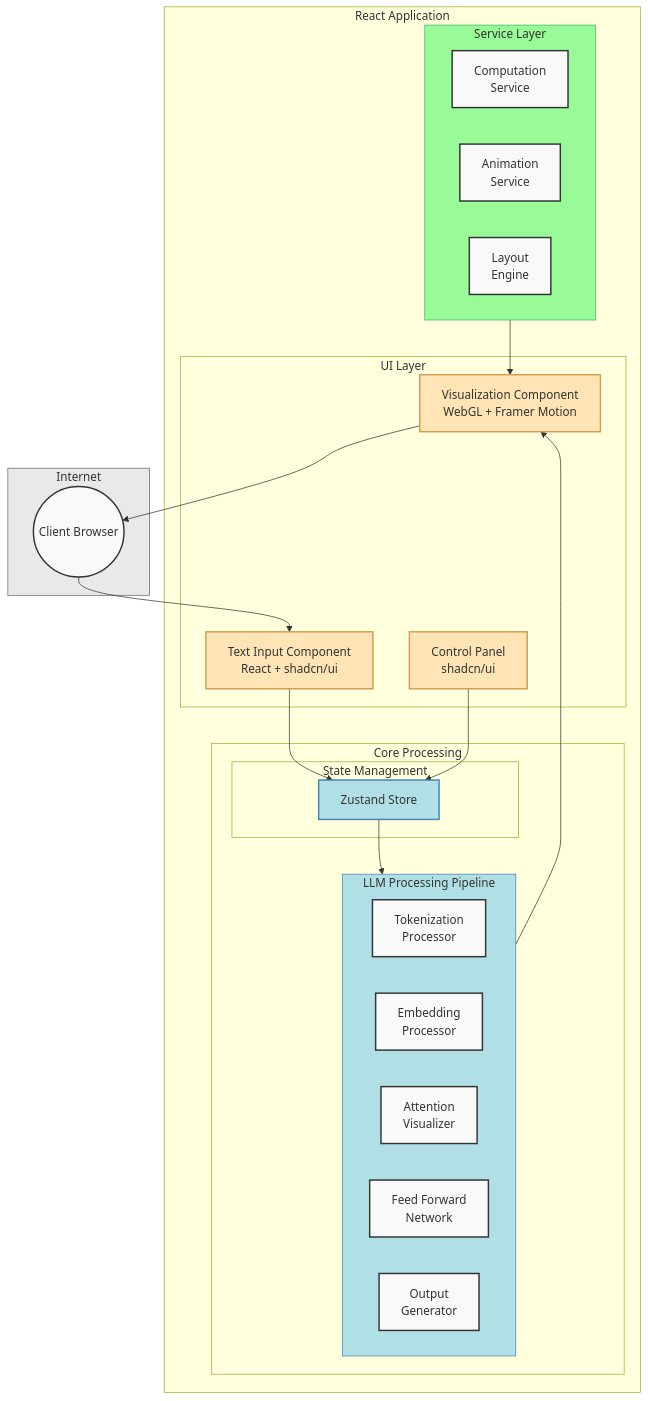
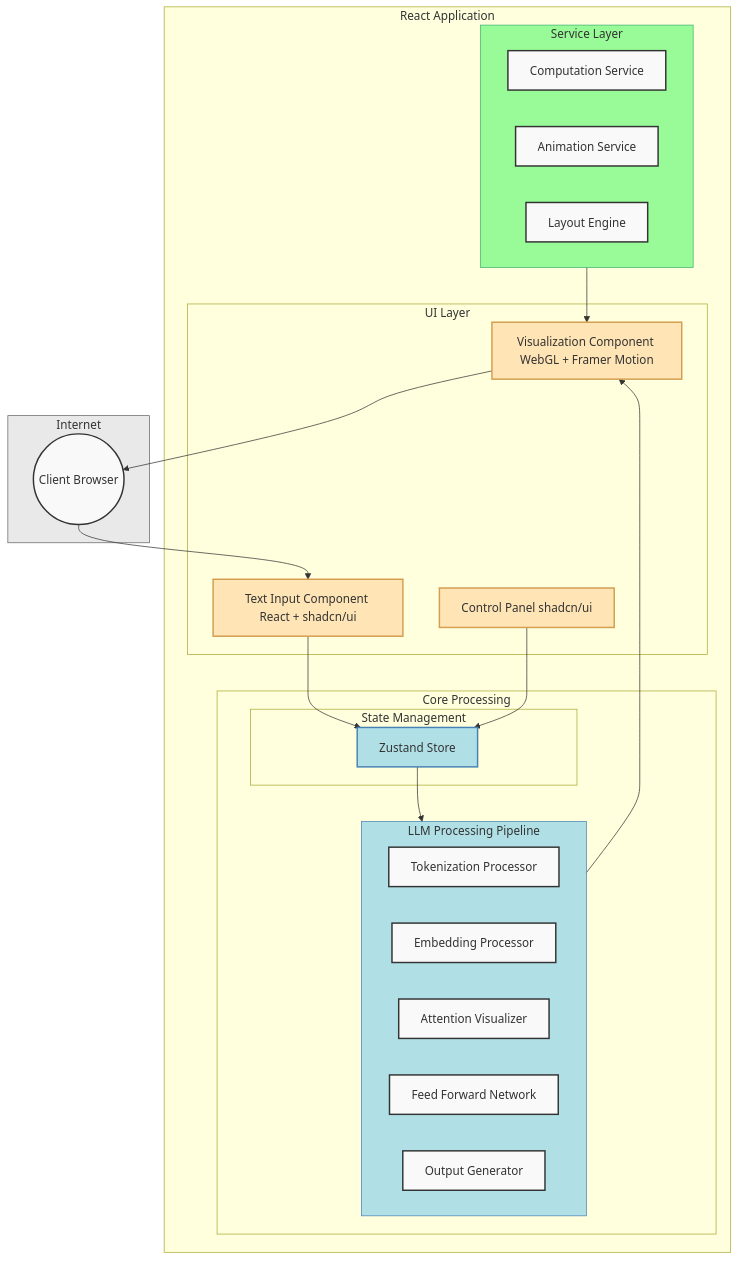
One commit to chicken-teriyaki-cup-rice/llm-learn changed the diagram in README.md. Above: the diagram before and after it, drawn with Mermaid.

````diff
--- a/README.md
+++ b/README.md
@@ -11,53 +11,53 @@
 ```mermaid
 flowchart TB
     subgraph internet["Internet"]
         client(("Client Browser"))
     end
 
     subgraph app["React Application"]
         subgraph ui["UI Layer"]
-            input["Text Input Component\nReact + shadcn/ui"]
-            viz["Visualization Component\nWebGL + Framer Motion"]
-            controls["Control Panel\nshadcn/ui"]
+            input["Text Input Component React + shadcn/ui"]
+            viz["Visualization Component WebGL + Framer Motion"]
+            controls["Control Panel shadcn/ui"]
         end
         
         subgraph core["Core Processing"]
             subgraph state["State Management"]
                 store["Zustand Store"]
             end
             
             subgraph pipeline["LLM Processing Pipeline"]
-                token["Tokenization\nProcessor"]
-                embed["Embedding\nProcessor"]
-                attn["Attention\nVisualizer"]
-                ffn["Feed Forward\nNetwork"]
-                gen["Output\nGenerator"]
+                token["Tokenization Processor"]
+                embed["Embedding Processor"]
+                attn["Attention Visualizer"]
+                ffn["Feed Forward Network"]
+                gen["Output Generator"]
             end
         end
 
         subgraph services["Service Layer"]
-            compute["Computation\nService"]
-            animate["Animation\nService"]
-            layout["Layout\nEngine"]
+            compute["Computation Service"]
+            animate["Animation Service"]
+            layout["Layout Engine"]
         end
     end
 
     client --> input
     input --> store
     store --> pipeline
     pipeline --> viz
     controls --> store
     services --> viz
     viz --> client
 
     classDef default fill:#f9f9f9,stroke:#333,stroke-width:2px
     classDef internet fill:#e9e9e9,stroke:#666
     classDef ui fill:#FFE4B5,stroke:#d49d4f
     classDef core fill:#B0E0E6,stroke:#4682B4
     classDef services fill:#98FB98,stroke:#3CB371
     
     class internet internet
     class input,viz,controls ui
     class store,pipeline core
     class services services
 ```
````
